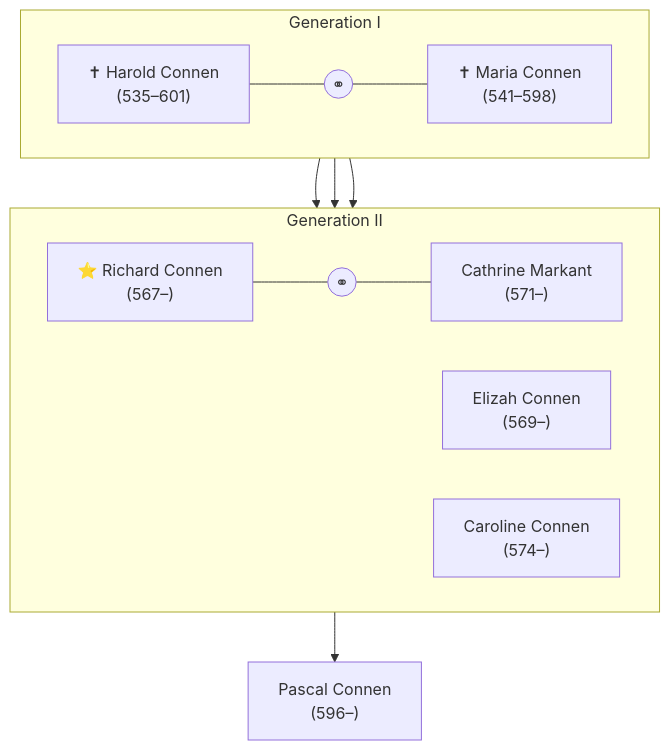
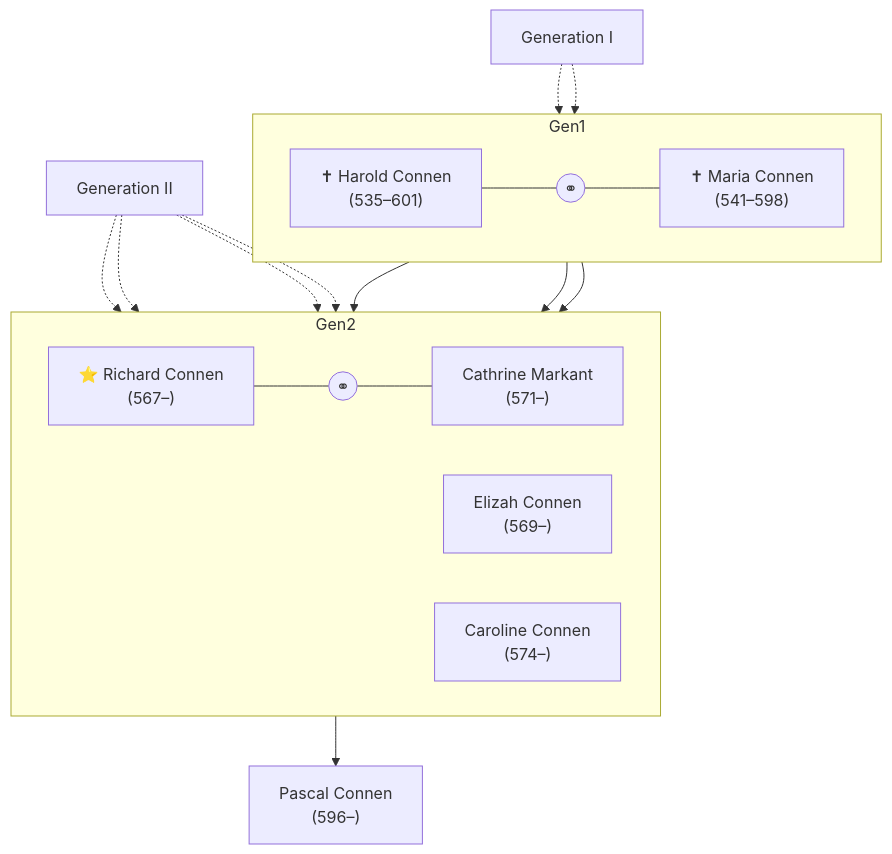
One commit to TheFabzie/book_lore changed the diagram in content/charaktere/familien/connen.md. Above: the diagram before and after it, drawn with Mermaid.

Commit message:
Stammbaum

````diff
--- a/content/charaktere/familien/connen.md
+++ b/content/charaktere/familien/connen.md
@@ -7,48 +7,61 @@
 ```mermaid
 
 flowchart TB
 
+gen1["Generation I"]
+gen2["Generation II"]
+
 %% ===== Generation I (eine Zeile) =====
-subgraph Gen1["Generation I"]
+subgraph Gen1
 direction LR
   harold_connen["✝ Harold Connen<br/>(535–601)"]
   e1((⚭))
   maria_connen["✝ Maria Connen<br/>(541–598)"]
 
   harold_connen --- e1
   e1 --- maria_connen
 end
 
+%% Generation-I-Label nur zur Optik (unsichtbare Verbindung)
+gen1 -.-> harold_connen
+gen1 -.-> maria_connen
+
 %% Kinder aus Ehe 1
 e1 --> richard_connen["⭐ Richard Connen<br/>(567–)"]
 e1 --> elizah_connen["Elizah Connen<br/>(569–)"]
 e1 --> caroline_connen["Caroline Connen<br/>(574–)"]
 
 %% ===== Generation II (eine Zeile) =====
-subgraph Gen2["Generation II"]
+subgraph Gen2
 direction LR
   richard_connen
   e2((⚭))
   cathrine_markant["Cathrine Markant<br/>(571–)"]
   elizah_connen
   caroline_connen
 
   richard_connen --- e2
   e2 --- cathrine_markant
 end
+
+%% Generation-II-Label nur zur Optik
+gen2 -.-> richard_connen
+gen2 -.-> elizah_connen
+gen2 -.-> caroline_connen
+gen2 -.-> cathrine_markant
 
 %% Kind aus Ehe 2
 e2 --> pascal_connen["Pascal Connen<br/>(596–)"]
 
 %% Klickbare Links
 click harold_connen "/charaktere/harold-connen"
 click maria_connen "/charaktere/maria-connen"
 click richard_connen "/charaktere/richard-connen"
 click elizah_connen "/charaktere/elizah-connen"
 click caroline_connen "/charaktere/caroline-connen"
 click cathrine_markant "/charaktere/cathrine-markant"
 click pascal_connen "/charaktere/pascal-connen"
 
 
 
 ```
````
